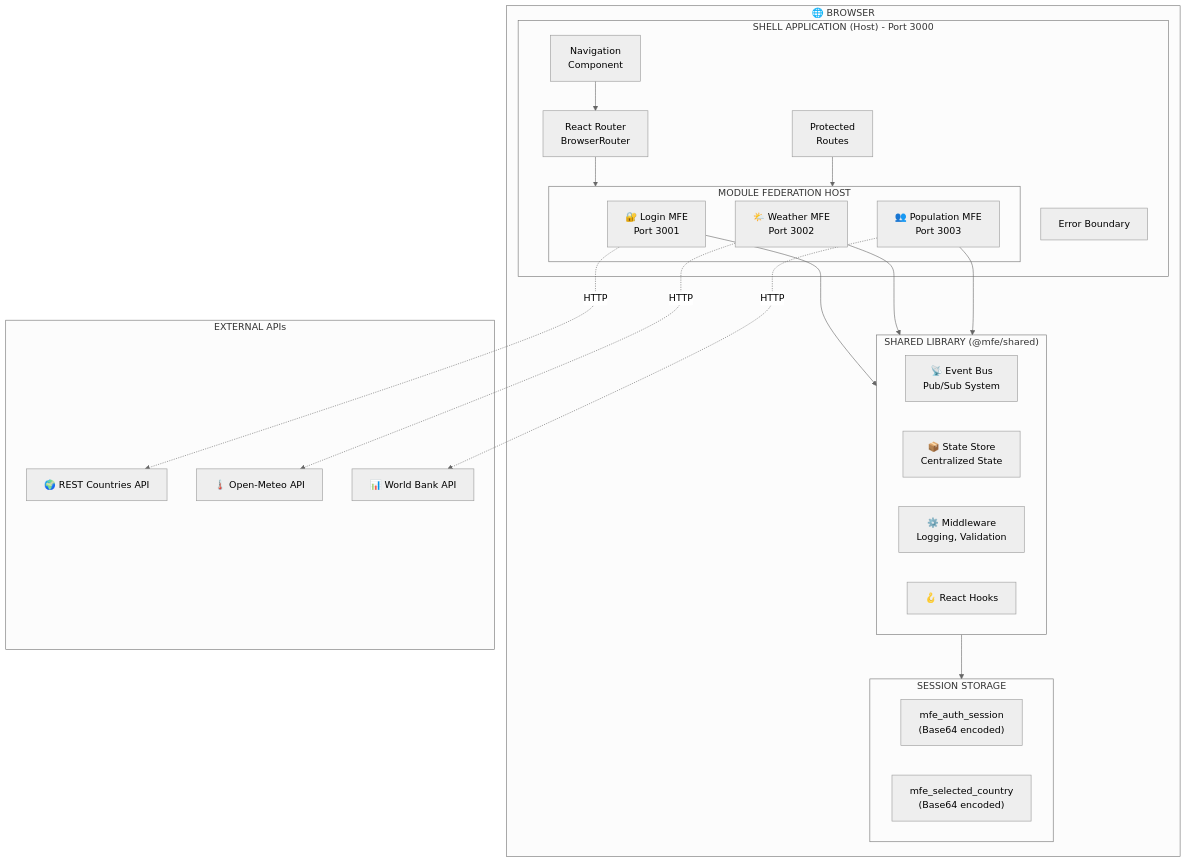
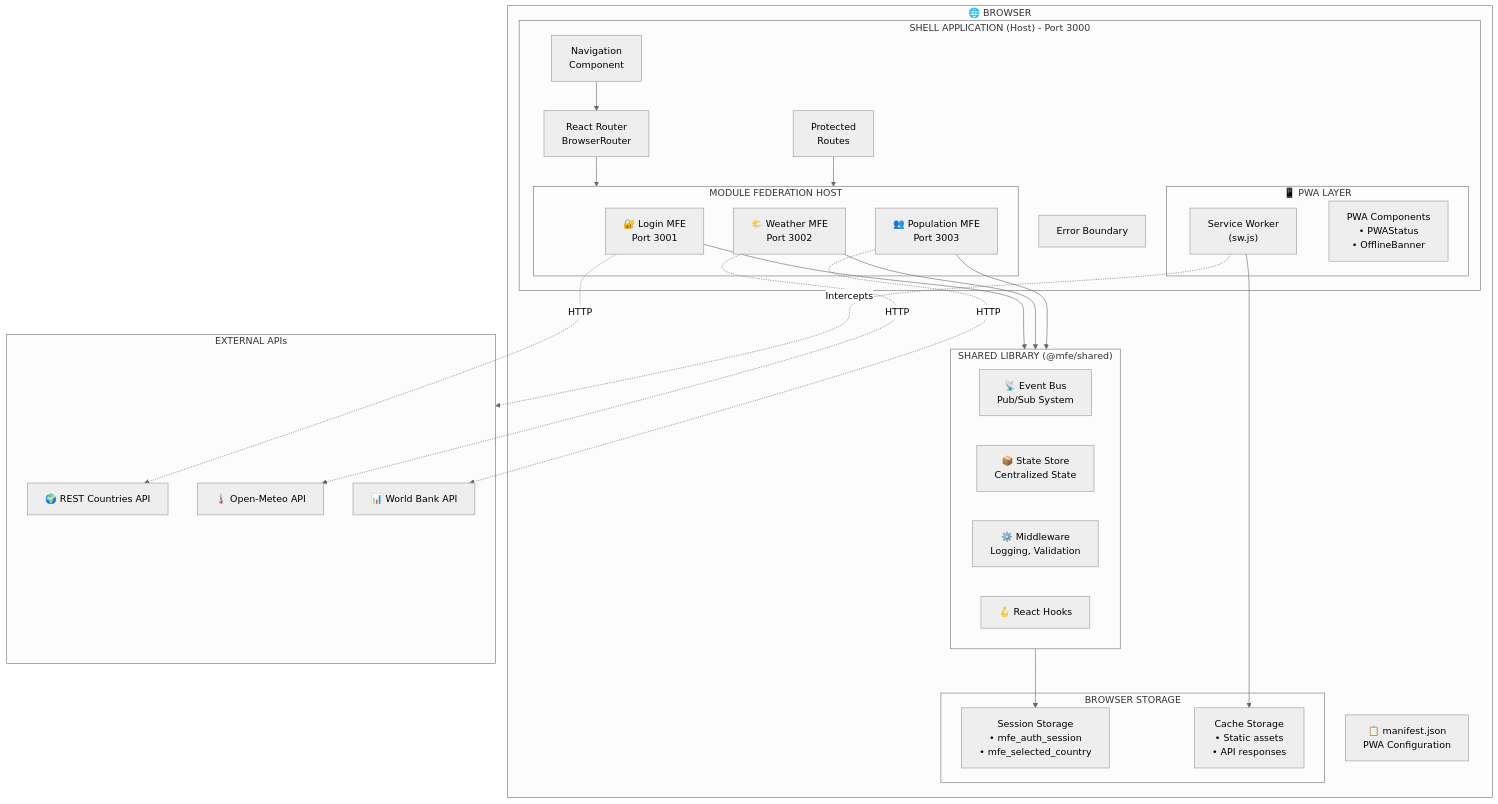
The fifth of 19 diagrams in docs/ARCHITECTURE_DIAGRAMS_UPDATED.md (decodewithraghu/microfrontend-app-demo), drawn with Mermaid (neutral theme) before and after one commit. The commit also changed other lines of this file, not shown here.

First line of the commit message:
docs: Add PWA architecture diagrams

````diff
--- a/docs/ARCHITECTURE_DIAGRAMS_UPDATED.md
+++ b/docs/ARCHITECTURE_DIAGRAMS_UPDATED.md
@@ -168,49 +303,58 @@
 ```mermaid
 flowchart TB
     subgraph Browser["🌐 BROWSER"]
         subgraph Shell["SHELL APPLICATION (Host) - Port 3000"]
             Router["React Router<br/>BrowserRouter"]
             Nav["Navigation<br/>Component"]
             ErrorBound["Error Boundary"]
             Protected["Protected<br/>Routes"]
+            
+            subgraph PWA["📱 PWA LAYER"]
+                ServiceWorker["Service Worker<br/>(sw.js)"]
+                PWAComponents["PWA Components<br/>• PWAStatus<br/>• OfflineBanner"]
+            end
             
             subgraph ModFed["MODULE FEDERATION HOST"]
                 LoginMFE["🔐 Login MFE<br/>Port 3001"]
                 WeatherMFE["🌤️ Weather MFE<br/>Port 3002"]
                 PopulationMFE["👥 Population MFE<br/>Port 3003"]
             end
         end
         
         subgraph Shared["SHARED LIBRARY (@mfe/shared)"]
             EventBus["📡 Event Bus<br/>Pub/Sub System"]
             StateStore["📦 State Store<br/>Centralized State"]
             Middleware["⚙️ Middleware<br/>Logging, Validation"]
             Hooks["🪝 React Hooks"]
         end
         
-        subgraph Storage["SESSION STORAGE"]
-            AuthSession["mfe_auth_session<br/>(Base64 encoded)"]
-            CountryData["mfe_selected_country<br/>(Base64 encoded)"]
+        subgraph Storage["BROWSER STORAGE"]
+            SessionStore["Session Storage<br/>• mfe_auth_session<br/>• mfe_selected_country"]
+            CacheStore["Cache Storage<br/>• Static assets<br/>• API responses"]
         end
+        
+        Manifest["📋 manifest.json<br/>PWA Configuration"]
     end
     
     subgraph APIs["EXTERNAL APIs"]
         RestCountries["🌍 REST Countries API"]
         OpenMeteo["🌡️ Open-Meteo API"]
         WorldBank["📊 World Bank API"]
     end
     
     Router --> ModFed
     Nav --> Router
     Protected --> ModFed
+    ServiceWorker --> CacheStore
     
     LoginMFE --> Shared
     WeatherMFE --> Shared
     PopulationMFE --> Shared
     
-    Shared --> Storage
+    Shared --> SessionStore
     
+    ServiceWorker -.->|"Intercepts"| APIs
     WeatherMFE -.->|HTTP| OpenMeteo
     PopulationMFE -.->|HTTP| WorldBank
     LoginMFE -.->|HTTP| RestCountries
 ```
````
